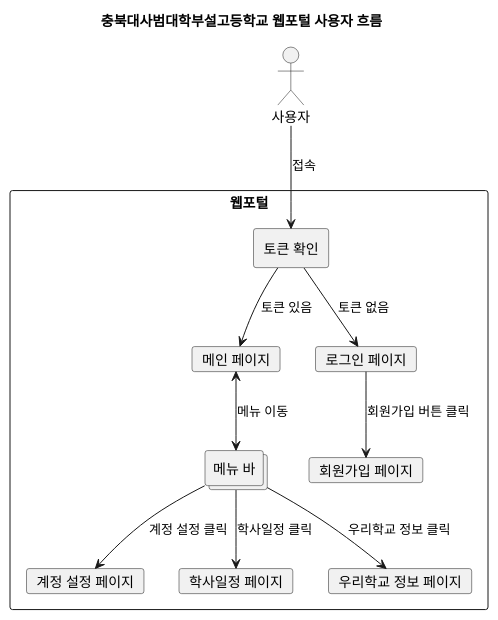
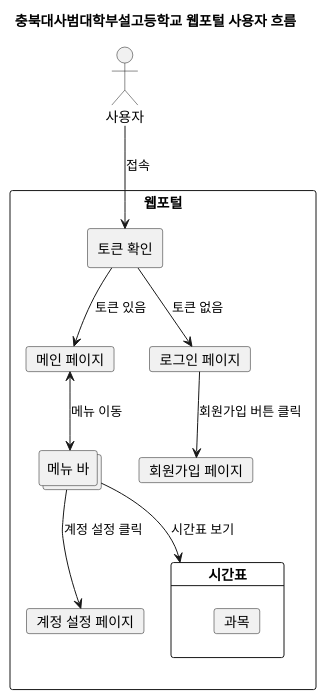
The diagram in diagram/user.puml (brillianintdoh/CNUH_Web_Portal), drawn with PlantUML before and after one commit. The commit also changed 11 other files, not shown here.

```diff
--- a/diagram/user.puml
+++ b/diagram/user.puml
@@ -1,28 +1,28 @@
 @startuml User
 title 충북대사범대학부설고등학교 웹포털 사용자 흐름
 
 actor "사용자" as user
 
 rectangle "웹포털" {
     card "메인 페이지" as main
     rectangle "토큰 확인" as token_check
     collections "메뉴 바" as menu
     card "로그인 페이지" as login
     card "회원가입 페이지" as register
     card "계정 설정 페이지" as account_settings
-    card "학사일정 페이지" as calendar_page
-    card "우리학교 정보 페이지" as materials_page
+    card "시간표" as time_table {
+        card "과목" as subject_abbreviation
+    }
 }
 
 user --> token_check : 접속
 
 token_check --> main : 토큰 있음
 token_check --> login : 토큰 없음
 
 login --> register : 회원가입 버튼 클릭
 main <--> menu : 메뉴 이동
 menu --> account_settings : 계정 설정 클릭
-menu --> calendar_page : 학사일정 클릭
-menu --> materials_page : 우리학교 정보 클릭
+menu --> time_table : 시간표 보기
 
 @enduml
```
